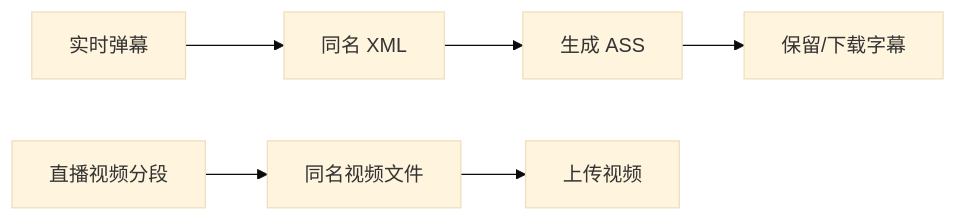
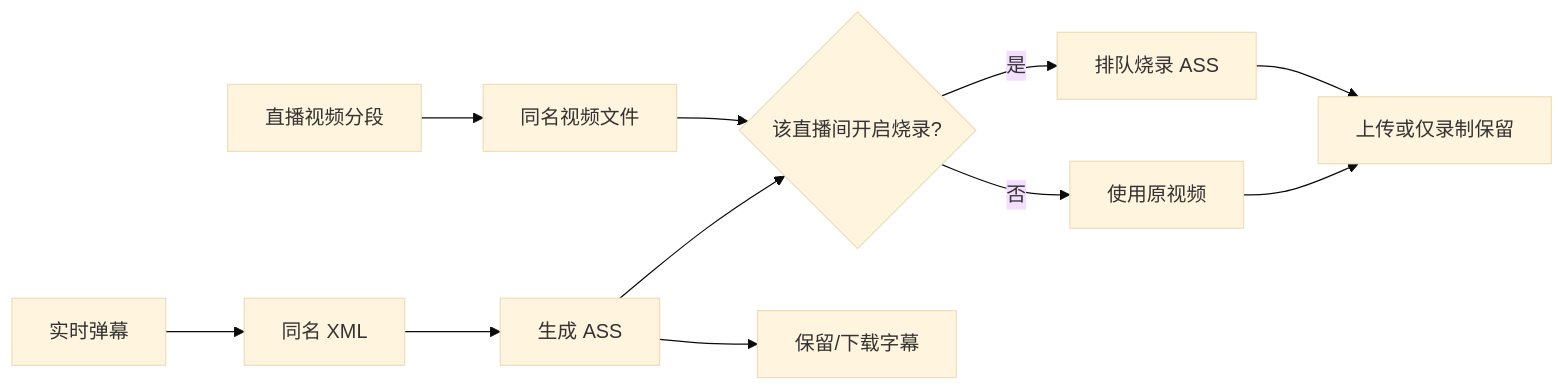
One commit to zwjtano/potato-flow changed the diagram in docs/guides/danmaku-ass.md. Above: the diagram before and after it, drawn with Mermaid (base theme). The commit also changed other lines of this file and 17 other files, not shown here.

````diff
--- a/docs/guides/danmaku-ass.md
+++ b/docs/guides/danmaku-ass.md
@@ -5,8 +5,13 @@
 ```mermaid
 flowchart LR
     A[直播视频分段] --> C[同名视频文件]
     B[实时弹幕] --> D[同名 XML]
     D --> E[生成 ASS]
-    C --> F[上传视频]
+    E --> H{该直播间开启烧录?}
+    C --> H
+    H -->|是| I[排队烧录 ASS]
+    H -->|否| F[使用原视频]
+    I --> J[上传或仅录制保留]
+    F --> J
     E --> G[保留/下载字幕]
 ```
````
